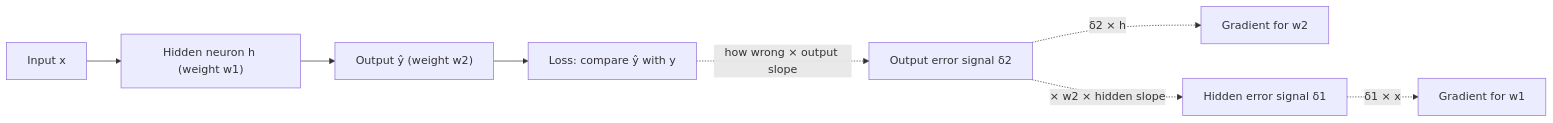
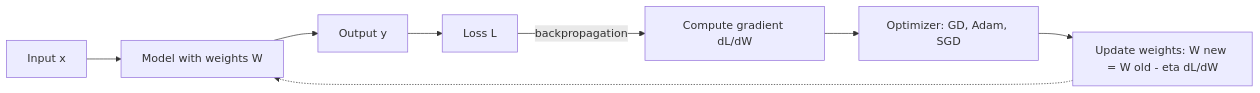
Before and after one commit to TrendySloth1001/sem-seven-notes: the second of 3 diagrams in content/deep-learning/notes/backpropagation.mdx, drawn with Mermaid. The commit also changed other lines of this file and 254 other files, not shown here.

Commit message:
Rewrite the backpropagation, gradient descent, regularization and autoencoder notes and their 29 answers from the teachers' class files. They use 185 teacher figures with class-notes citations only, and correct the AdaGrad, RMSProp, Nesterov and batch-norm numbers on the slides.

````diff
--- a/content/deep-learning/notes/backpropagation.mdx
+++ b/content/deep-learning/notes/backpropagation.mdx
@@ -196,11 +129,11 @@
 ```mermaid
-%% caption: Backpropagation on one path. The forward pass (solid arrows) computes values; the backward pass (dotted arrows) carries the error signal back and turns it into a gradient for each weight.
+%% caption: Forward pass goes input to loss; backpropagation sends the gradient back; the optimizer updates the weights. This is the teacher's diagram redrawn.
 flowchart LR
-  X["Input x"] --> H["Hidden neuron h (weight w1)"]
-  H --> Y["Output ŷ (weight w2)"]
-  Y --> L["Loss: compare ŷ with y"]
-  L -.->|"how wrong × output slope"| D2["Output error signal δ2"]
-  D2 -.->|"δ2 × h"| G2["Gradient for w2"]
-  D2 -.->|"× w2 × hidden slope"| D1["Hidden error signal δ1"]
-  D1 -.->|"δ1 × x"| G1["Gradient for w1"]
+  X["Input x"] --> M["Model with weights W"]
+  M --> Y["Output y"]
+  Y --> L["Loss L"]
+  L -->|"backpropagation"| G["Compute gradient dL/dW"]
+  G --> O["Optimizer: GD, Adam, SGD"]
+  O --> U["Update weights: W new = W old - eta dL/dW"]
+  U -.-> M
 ```
````
